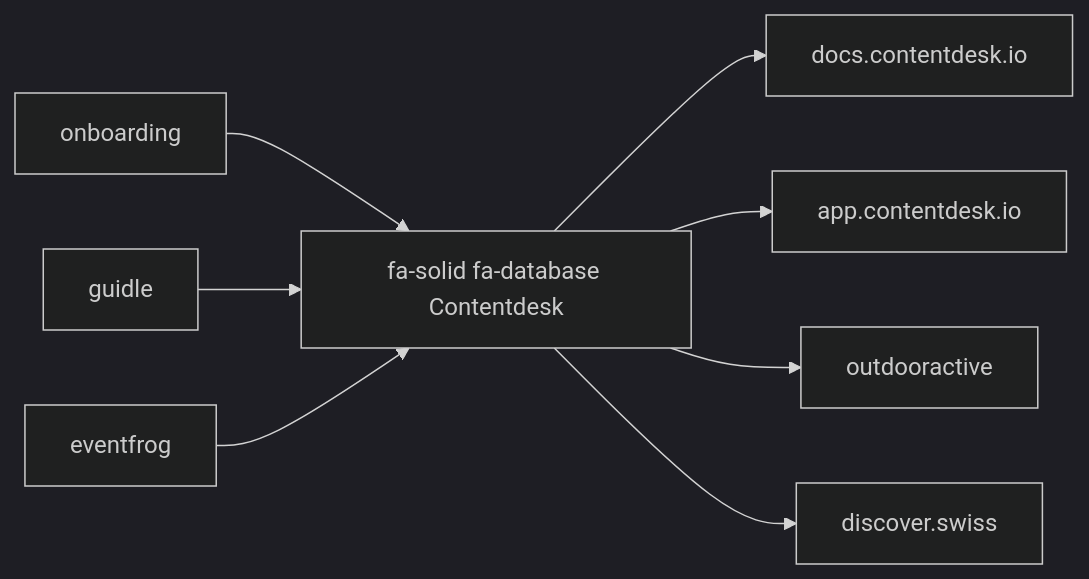
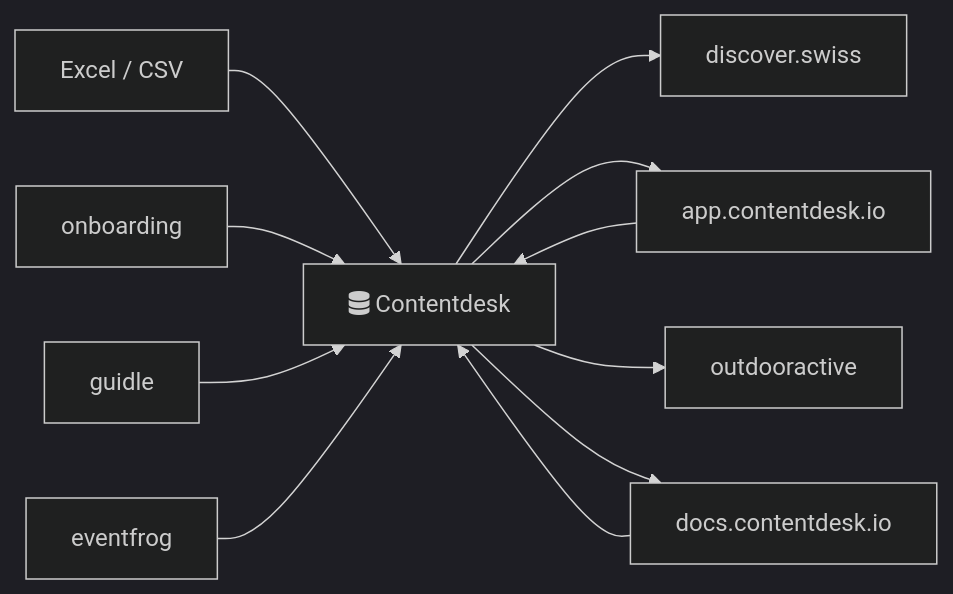
One commit to tsolenthaler/docs.contentdesk.io changed the first of 2 diagrams in docs/dev/index.md. Above: the diagram before and after it, drawn with Mermaid (dark theme).

Commit message:
Refactor code to update contentdesk dependencies and fix formatting issues in index.md

````diff
--- a/docs/dev/index.md
+++ b/docs/dev/index.md
@@ -7,12 +7,15 @@
 ``` mermaid
 flowchart LR
-    contentdesk[fa-solid fa-database Contentdesk]-->docs.contentdesk.io
+    contentdesk[fa:fa-database Contentdesk]-->discover.swiss
     contentdesk-->app.contentdesk.io
     contentdesk-->outdooractive
-    contentdesk-->discover.swiss
+    contentdesk-->docs.contentdesk.io
 
+    excel[Excel / CSV]-->contentdesk
     onboarding-->contentdesk
+    app.contentdesk.io-->contentdesk
+    docs.contentdesk.io-->contentdesk
 
     guidle-->contentdesk
     eventfrog-->contentdesk
 ```
````
